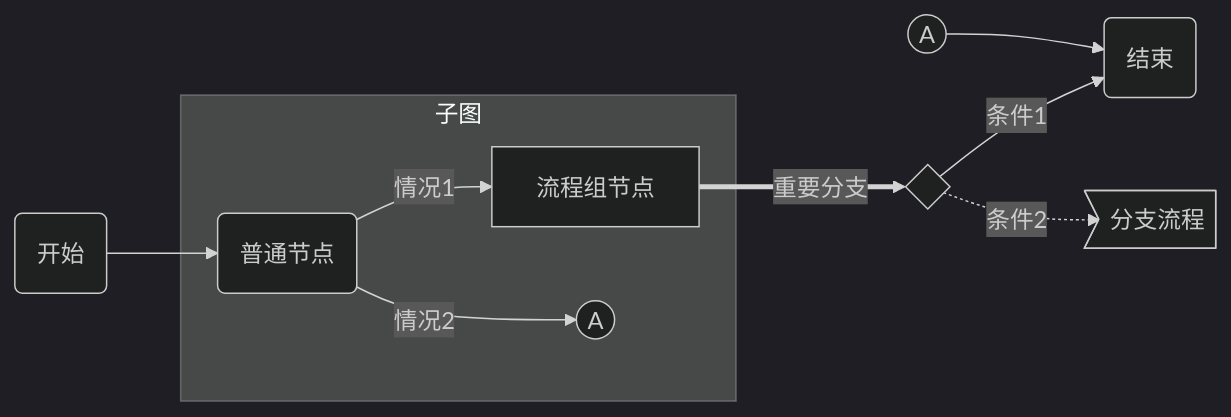
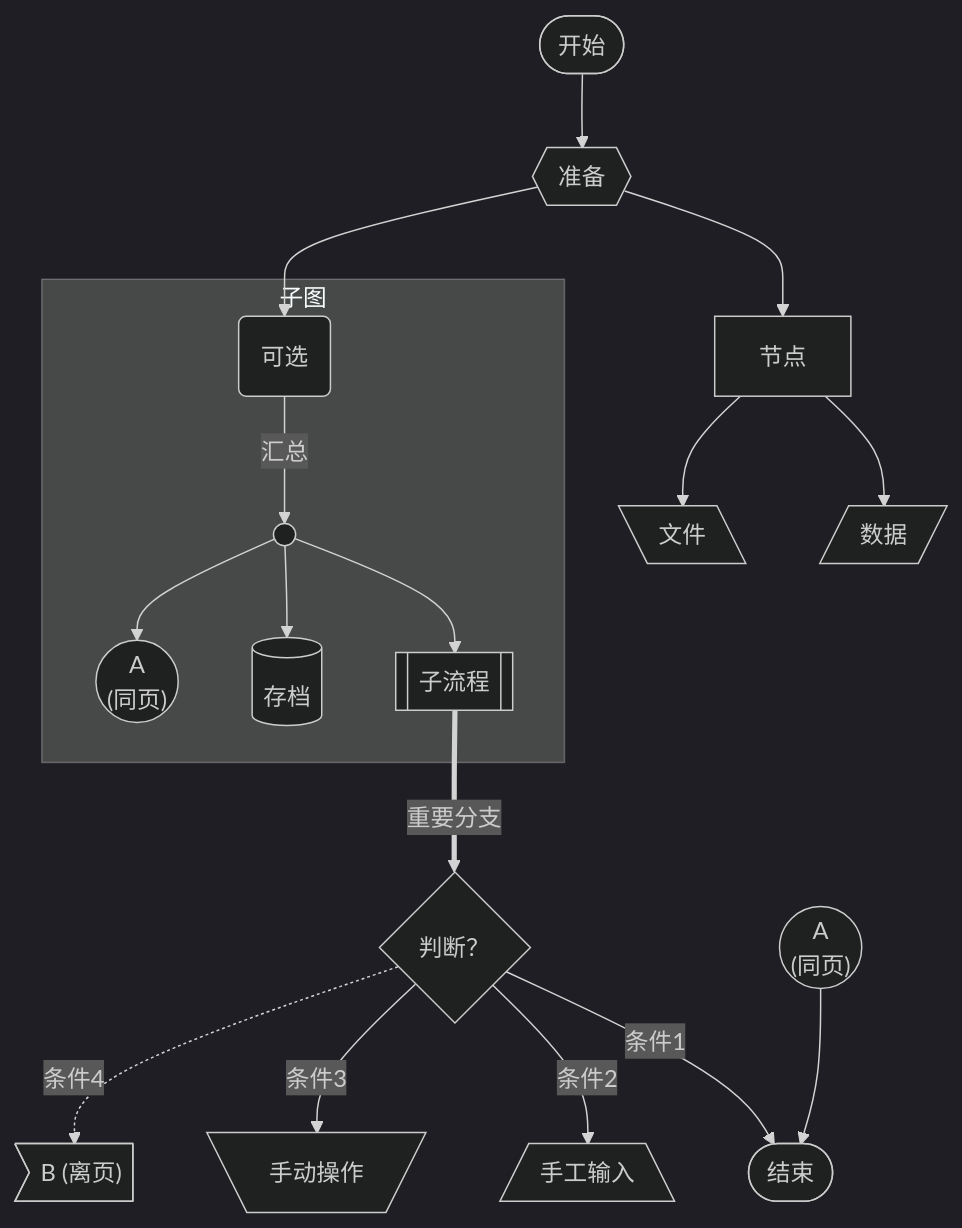
The first of 12 diagrams in released/demo/chart.md (MadMaxChow/VLOOK), drawn with Mermaid (dark theme) before and after one commit. The commit also changed other lines of this file and 96 other files, not shown here.

````diff
--- a/released/demo/chart.md
+++ b/released/demo/chart.md
@@ -42,16 +42,29 @@
 ```mermaid
-graph LR
-START(开始) --> node1(普通节点)
+graph TB
+%% 图的方向说明
+%% LR：从左到图，RL：从右到左，TB：从上到下，BT：从下到上
+
+%% 连续连接
+START([开始]) --> pre1{{准备}} --> node2[节点]
+pre1 --> node1(可选)
 subgraph 子图
-	node1 --> |情况1|groud1[流程组节点]
-  node1 --> |情况2|A1((A))
+	%% 一对多
+	node1 --> |汇总|join1(( ))
+	join1 --> groud1[[子流程]] & database[(存档)] & inpage1(("A<br>(同页)"))
+  %% click clickable "#Mermaid 的状态图"
 end
+
+node2 --> data1[/数据/]
+node2 --> data2[\文件\]
 
 %% this is a comment
 
-groud1 ==> |重要分支|cond1{ }
+groud1 ==> |重要分支|cond1{"判断？"}
 cond1 --> |条件1|END
-cond1 -.-> |条件2|page2>分支流程]
-A2((A)) --> END
-END(结束)
+cond1 --> |条件2|B[/手工输入\]
+cond1 --> |条件3|B2[\手动操作/]
+cond1 -.-> |条件4|outpage2>"B (离页)"]
+
+inpage2(("A<br>(同页)")) --> END
+END([结束])
 ```
````
